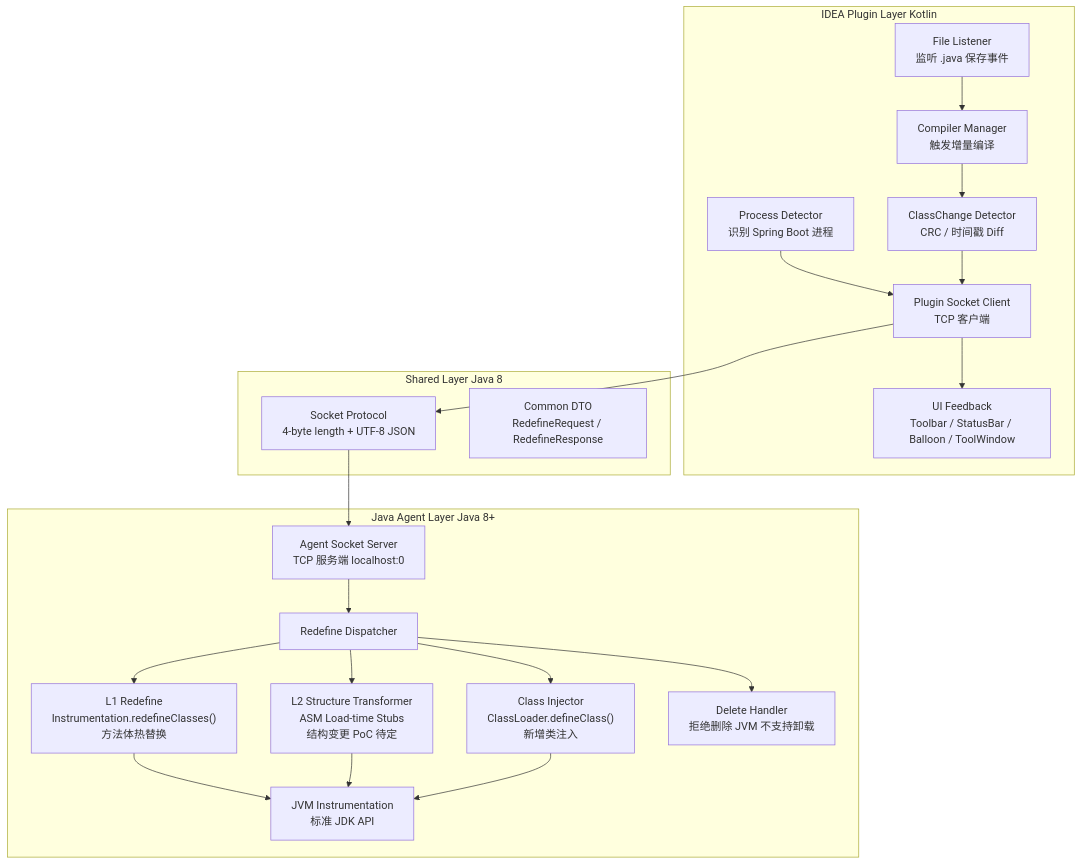
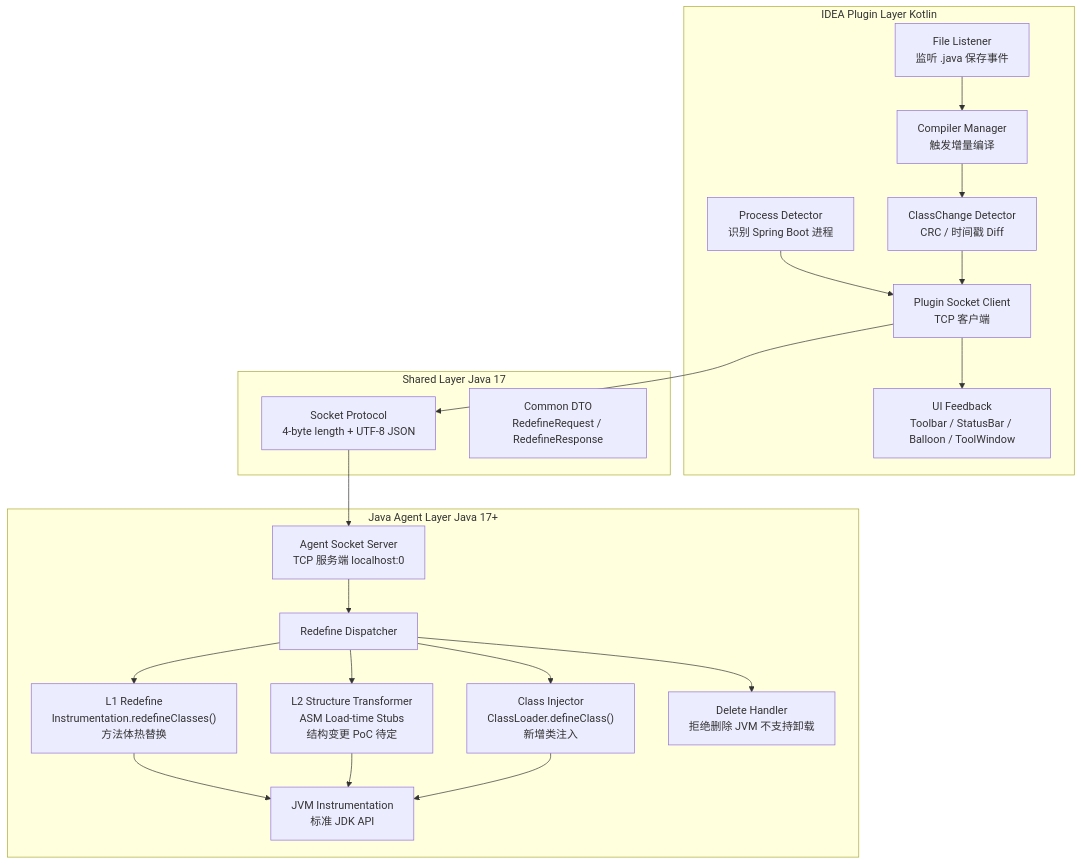
One commit to Cu1ii/cu1-obisidian changed the first of 4 diagrams in project/hot-deployment/plan/plan.md. Above: the diagram before and after it, drawn with Mermaid. The commit also changed other lines of this file and 4 other files, not shown here.

````diff
--- a/project/hot-deployment/plan/plan.md
+++ b/project/hot-deployment/plan/plan.md
@@ -55,42 +55,42 @@
 ```mermaid
 graph TB
     subgraph "IDEA Plugin Layer Kotlin"
         FL["File Listener<br/>监听 .java 保存事件"]
         CM["Compiler Manager<br/>触发增量编译"]
         PD["Process Detector<br/>识别 Spring Boot 进程"]
         CCD["ClassChange Detector<br/>CRC / 时间戳 Diff"]
         PSC["Plugin Socket Client<br/>TCP 客户端"]
         UI["UI Feedback<br/>Toolbar / StatusBar / Balloon / ToolWindow"]
     end
 
-    subgraph "Shared Layer Java 8"
+    subgraph "Shared Layer Java 17"
         PROTO["Socket Protocol<br/>4-byte length + UTF-8 JSON"]
         DTO["Common DTO<br/>RedefineRequest / RedefineResponse"]
     end
 
-    subgraph "Java Agent Layer Java 8+"
+    subgraph "Java Agent Layer Java 17+"
         ASS["Agent Socket Server<br/>TCP 服务端 localhost:0"]
         RD["Redefine Dispatcher"]
         L1["L1 Redefine<br/>Instrumentation.redefineClasses()<br/>方法体热替换"]
         L2["L2 Structure Transformer<br/>ASM Load-time Stubs<br/>结构变更 PoC 待定"]
         CI["Class Injector<br/>ClassLoader.defineClass()<br/>新增类注入"]
         DH["Delete Handler<br/>拒绝删除 JVM 不支持卸载"]
         INST["JVM Instrumentation<br/>标准 JDK API"]
     end
 
     FL --> CM
     CM --> CCD
     PD --> PSC
     CCD --> PSC
     PSC --> PROTO
     PROTO --> ASS
     ASS --> RD
     RD --> L1
     RD --> L2
     RD --> CI
     RD --> DH
     L1 --> INST
     L2 --> INST
     CI --> INST
     PSC --> UI
 ```
````
